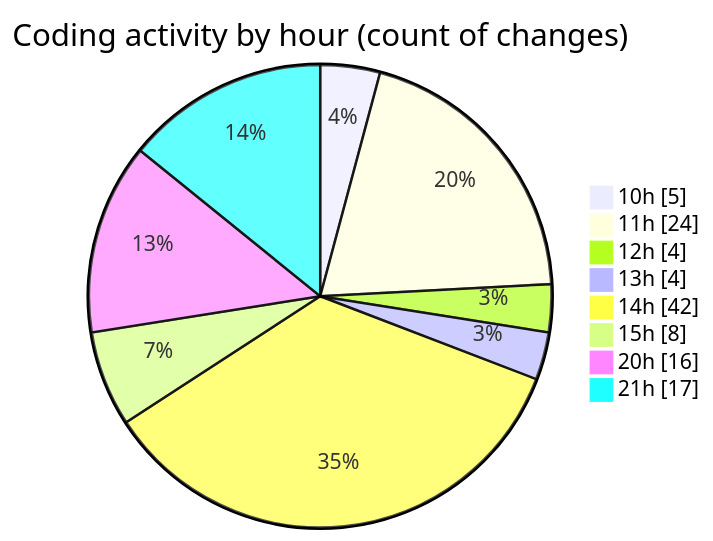
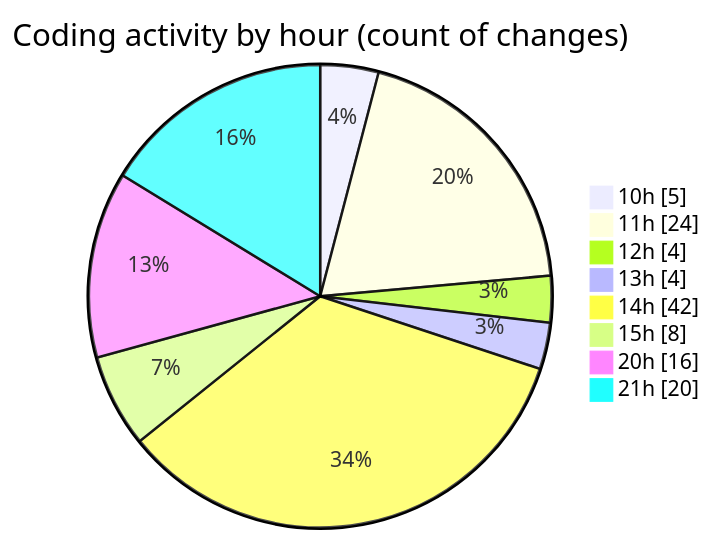
The second of 2 diagrams in 2026-09-09/cda/README.md (momahboobian/code-tracking), drawn with Mermaid before and after one commit. The commit also changed other lines of this file and 1 other file, not shown here.

````diff
--- a/2026-09-09/cda/README.md
+++ b/2026-09-09/cda/README.md
@@ -48,12 +50,12 @@
 ```mermaid
 pie showData
 title Coding activity by hour (count of changes)
 "10h" : 5
 "11h" : 24
 "12h" : 4
 "13h" : 4
 "14h" : 42
 "15h" : 8
 "20h" : 16
-"21h" : 17
+"21h" : 20
 ```
````
